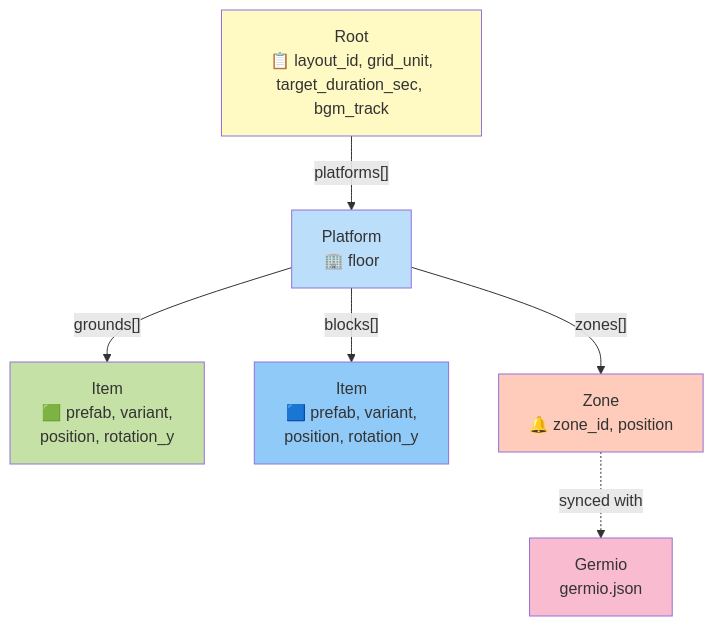
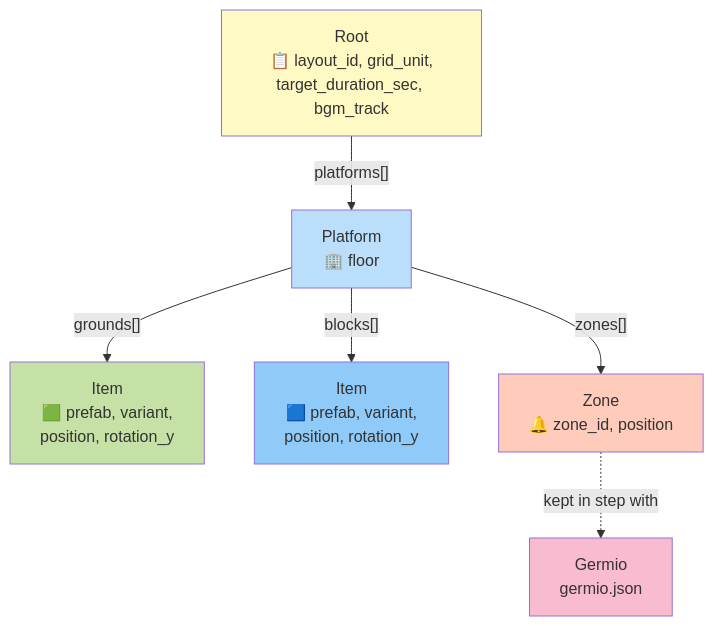
Before and after one commit to hiroxpepe/briko: the seventh of 11 diagrams in README.md, drawn with Mermaid. The commit also changed other lines of this file and 1 other file, not shown here.

````diff
--- a/README.md
+++ b/README.md
@@ -252,17 +286,17 @@
 ```mermaid
 graph TB
     Root[Root<br/>📋 layout_id, grid_unit,<br/>target_duration_sec, bgm_track]
     Root -->|"platforms[]"| P[Platform<br/>🏢 floor]
     P -->|"grounds[]"| I1[Item<br/>🟩 prefab, variant,<br/>position, rotation_y]
     P -->|"blocks[]"| I2[Item<br/>🟦 prefab, variant,<br/>position, rotation_y]
     P -->|"zones[]"| Z[Zone<br/>🔔 zone_id, position]
 
-    Z -.synced with.-> Germio[Germio<br/>germio.json]
+    Z -.kept in step with.-> Germio[Germio<br/>germio.json]
 
     style Root fill:#fff9c4
     style P fill:#bbdefb
     style I1 fill:#c5e1a5
     style I2 fill:#90caf9
     style Z fill:#ffccbc
     style Germio fill:#f8bbd0
 ```
````
